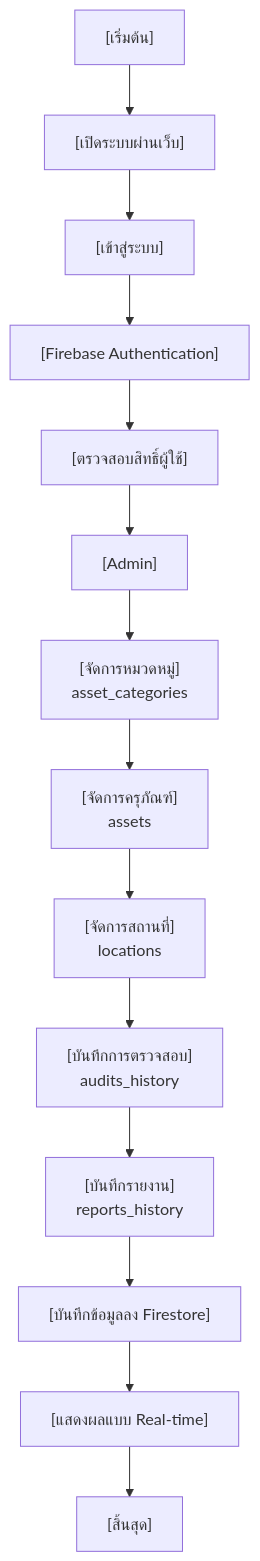
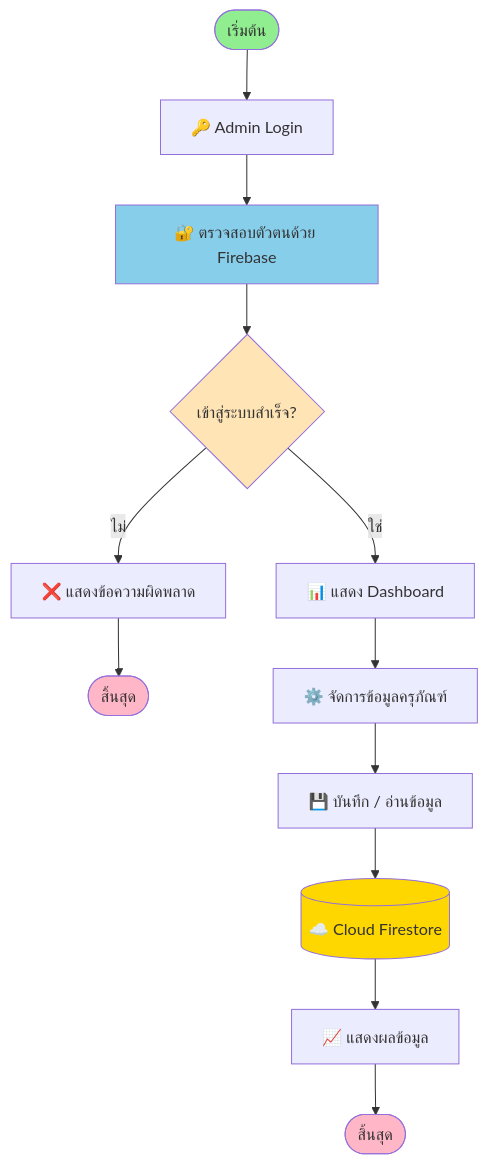
Before and after one commit to jaturawit-c-Gb/work: the diagram in flowchart.md, drawn with Mermaid. The commit also changed other lines of this file, not shown here.

Commit message:
Update flowchart for University-Asset-Management system

````diff
--- a/flowchart.md
+++ b/flowchart.md
@@ -1,16 +3,34 @@
 ```mermaid
-graph TD
-    A["[เริ่มต้น]"] --> B["[เปิดระบบผ่านเว็บ]"]
-    B --> C["[เข้าสู่ระบบ]"]
-    C --> D["[Firebase Authentication]"]
-    D --> E["[ตรวจสอบสิทธิ์ผู้ใช้]"]
-    E --> F["[Admin]"]
-    F --> G["[จัดการหมวดหมู่]<br/>asset_categories"]
-    G --> H["[จัดการครุภัณฑ์]<br/>assets"]
-    H --> I["[จัดการสถานที่]<br/>locations"]
-    I --> J["[บันทึกการตรวจสอบ]<br/>audits_history"]
-    J --> K["[บันทึกรายงาน]<br/>reports_history"]
-    K --> L["[บันทึกข้อมูลลง Firestore]"]
-    L --> M["[แสดงผลแบบ Real-time]"]
-    M --> N["[สิ้นสุด]"]
+flowchart TD
+    Start([เริ่มต้น])
+    Login["🔑 Admin Login"]
+    Firebase["🔐 ตรวจสอบตัวตนด้วย Firebase"]
+    Decision{เข้าสู่ระบบสำเร็จ?}
+    Error["❌ แสดงข้อความผิดพลาด"]
+    End1([สิ้นสุด])
+    Dashboard["📊 แสดง Dashboard"]
+    Manage["⚙️ จัดการข้อมูลครุภัณฑ์"]
+    ReadWrite["💾 บันทึก / อ่านข้อมูล"]
+    Firestore[(☁️ Cloud Firestore)]
+    Display["📈 แสดงผลข้อมูล"]
+    End2([สิ้นสุด])
+    
+    Start --> Login
+    Login --> Firebase
+    Firebase --> Decision
+    Decision -->|ไม่| Error
+    Error --> End1
+    Decision -->|ใช่| Dashboard
+    Dashboard --> Manage
+    Manage --> ReadWrite
+    ReadWrite --> Firestore
+    Firestore --> Display
+    Display --> End2
+    
+    style Start fill:#90EE90
+    style End1 fill:#FFB6C6
+    style End2 fill:#FFB6C6
+    style Firebase fill:#87CEEB
+    style Firestore fill:#FFD700
+    style Decision fill:#FFE4B5
 ```
````
